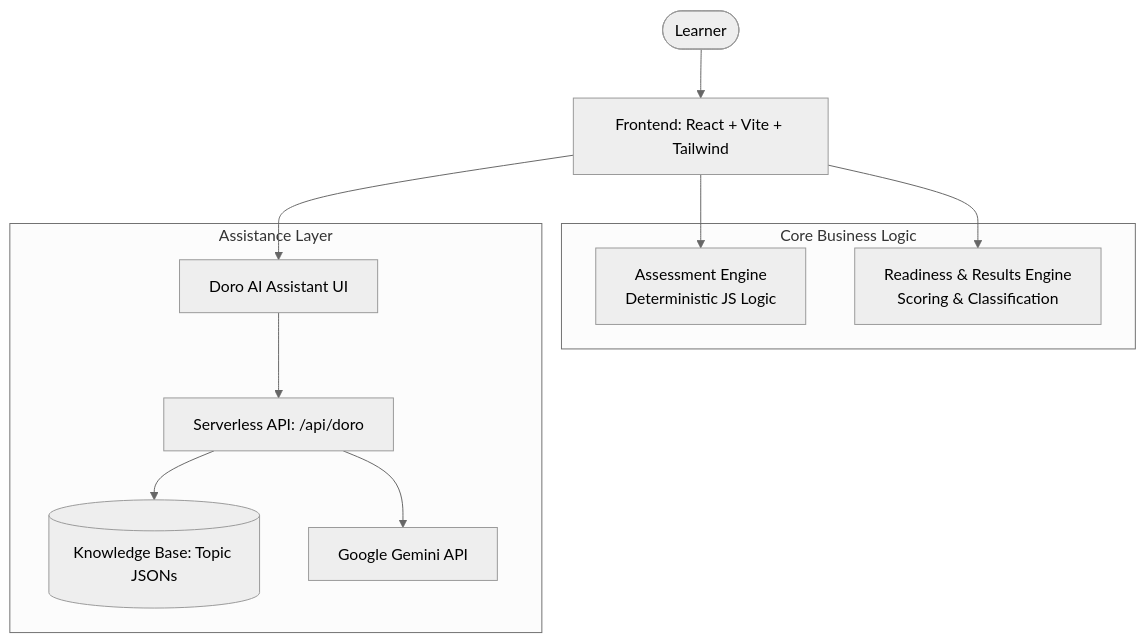
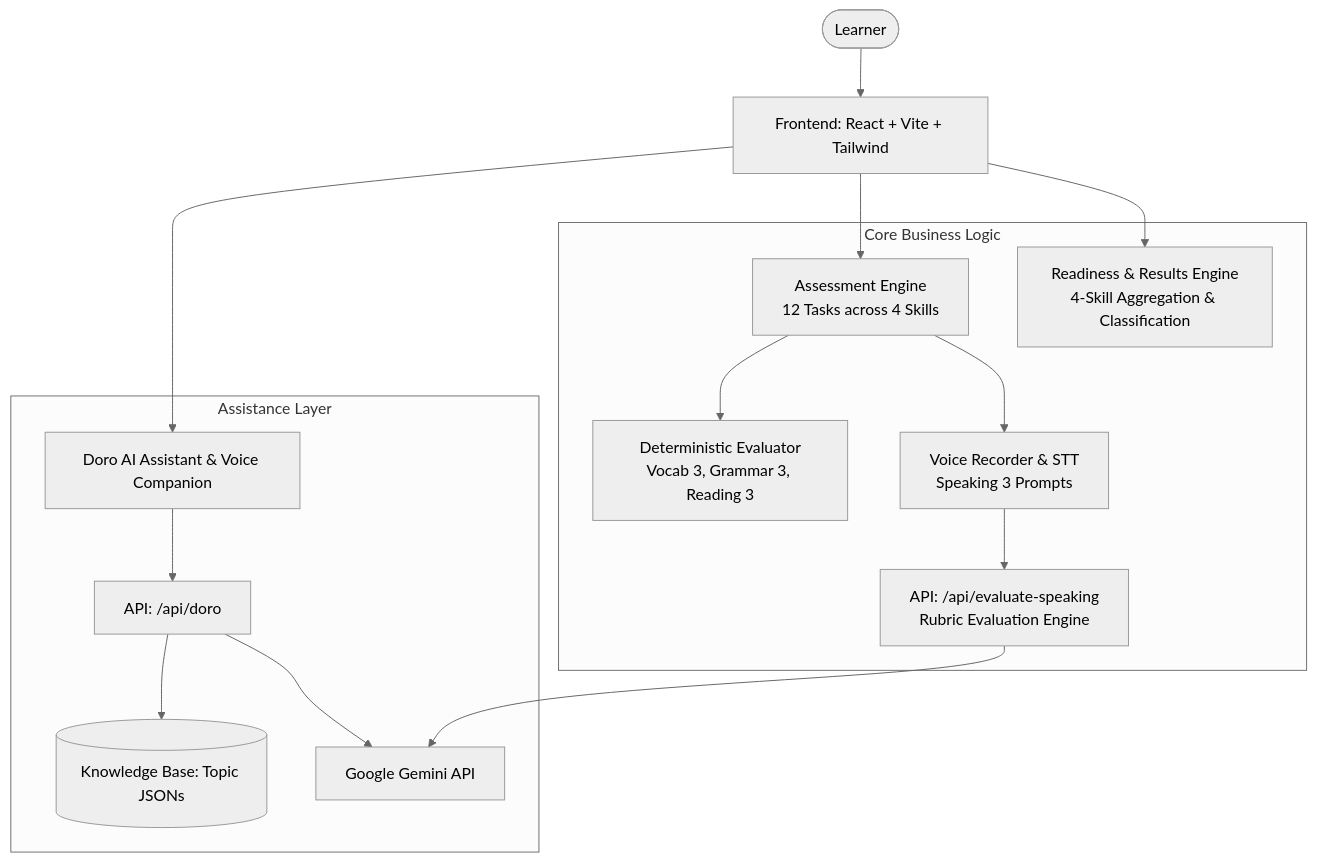
Before and after one commit to Himanshukla23/A1-Ready: the diagram in architecture.md, drawn with Mermaid (neutral theme). The commit also changed other lines of this file and 27 other files, not shown here.

Commit message:
feat: upgrade to v2.0.0 with 4-skill diagnostic assessment, voice recording, and AI speaking rubric evaluation

````diff
--- a/architecture.md
+++ b/architecture.md
@@ -18,22 +18,29 @@
 ```mermaid
 graph TD
     User([Learner]) --> FE[Frontend: React + Vite + Tailwind]
-    FE --> AE[Assessment Engine<br/>Deterministic JS Logic]
-    FE --> RE[Readiness & Results Engine<br/>Scoring & Classification]
-    FE --> DoroUI[Doro AI Assistant UI]
-    DoroUI --> API[Serverless API: /api/doro]
-    API --> KB[(Knowledge Base: Topic JSONs)]
-    API --> Gemini[Google Gemini API]
+    FE --> AE[Assessment Engine<br/>12 Tasks across 4 Skills]
+    AE --> MCQ[Deterministic Evaluator<br/>Vocab 3, Grammar 3, Reading 3]
+    AE --> Voice[Voice Recorder & STT<br/>Speaking 3 Prompts]
+    Voice --> SpeakingAPI[API: /api/evaluate-speaking<br/>Rubric Evaluation Engine]
+    FE --> RE[Readiness & Results Engine<br/>4-Skill Aggregation & Classification]
+    FE --> DoroUI[Doro AI Assistant & Voice Companion]
+    DoroUI --> DoroAPI[API: /api/doro]
+    DoroAPI --> KB[(Knowledge Base: Topic JSONs)]
+    DoroAPI --> Gemini[Google Gemini API]
+    SpeakingAPI --> Gemini
 
     subgraph "Core Business Logic"
         AE
+        MCQ
+        Voice
+        SpeakingAPI
         RE
     end
 
     subgraph "Assistance Layer"
         DoroUI
-        API
+        DoroAPI
         KB
         Gemini
     end
 ```
````
